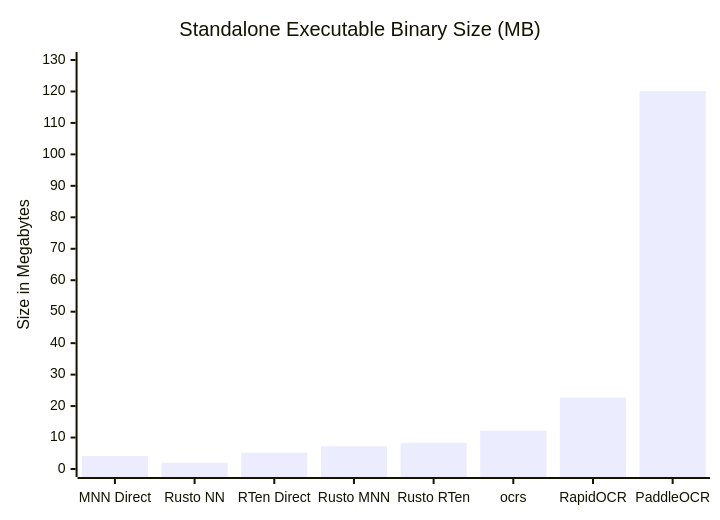
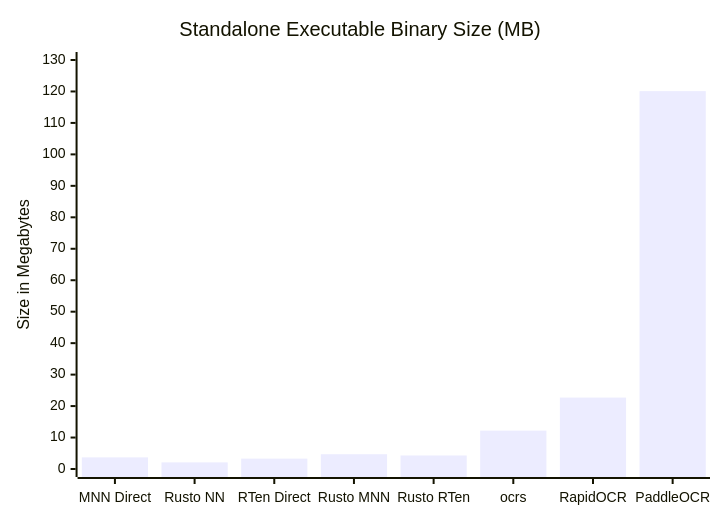
The second of 5 diagrams in benchmarks/omnidocbench/OMNIDOCBENCH_EVALUATION_REPORT.md (byrizki/rusto-rs), drawn with Mermaid before and after one commit. The commit also changed other lines of this file and 26 other files, not shown here.

````diff
--- a/benchmarks/omnidocbench/OMNIDOCBENCH_EVALUATION_REPORT.md
+++ b/benchmarks/omnidocbench/OMNIDOCBENCH_EVALUATION_REPORT.md
@@ -55,7 +55,7 @@
 ```mermaid
 xychart-beta
     title "Standalone Executable Binary Size (MB)"
     x-axis ["MNN Direct", "Rusto NN", "RTen Direct", "Rusto MNN", "Rusto RTen", "ocrs", "RapidOCR", "PaddleOCR"]
     y-axis "Size in Megabytes" 0 --> 130
-    bar [4.1, 2.0, 5.2, 7.2, 8.3, 12.2, 22.7, 120.1]
+    bar [3.7, 2.1, 3.3, 4.7, 4.3, 12.2, 22.7, 120.1]
 ```
````
